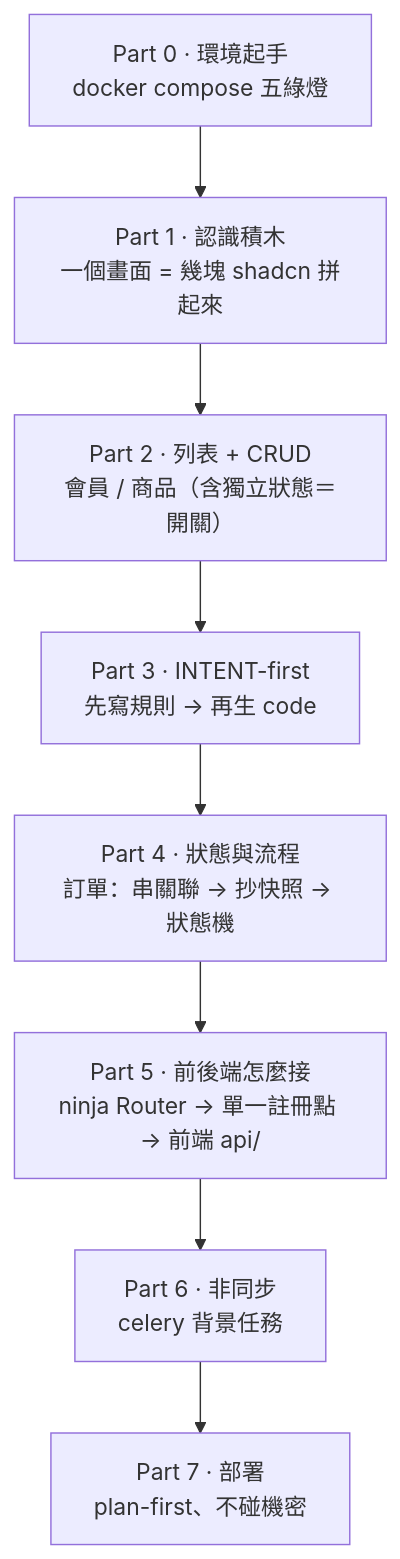
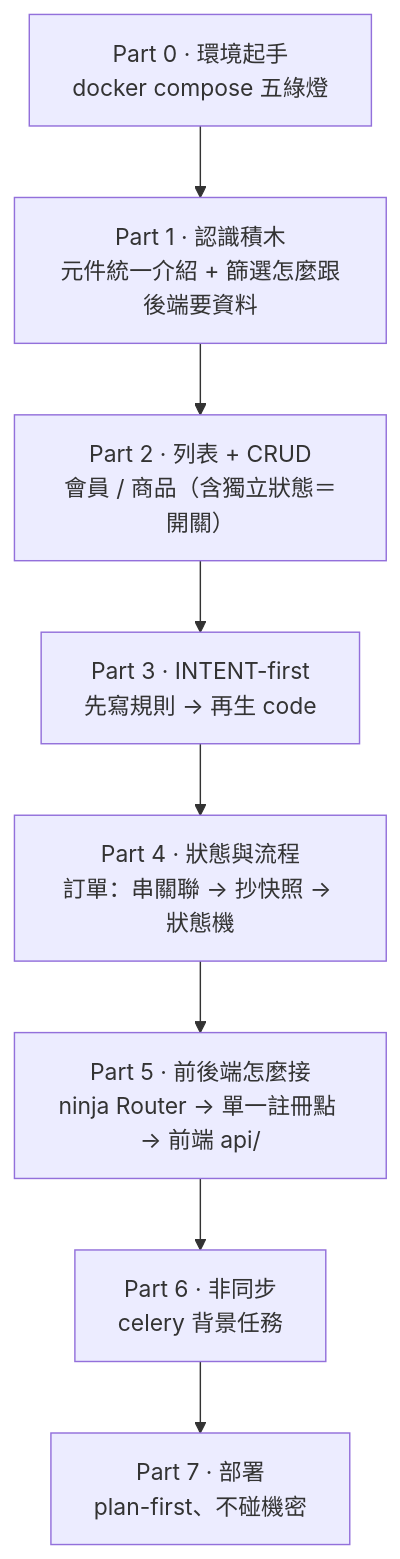
Before and after one commit to AI-Yorozuya/lean-stack: the diagram in teaching/README.md, drawn with Mermaid. The commit also changed 1 other file, not shown here.

Commit message:
docs(teaching): Part 1 重整為「元件統一介紹」+「篩選構成與後端溝通原理」
- S03 元件統一介紹：所有積木收在一頁（含元件總表 + 框起來 wireframe）
- S04 構成與後端溝通：篩選怎麼組、怎麼跟後端要資料（含 sequenceDiagram）
- 收掉 Part 2 重複的「篩選」頁，整份重新連號 S00~S20

````diff
--- a/teaching/README.md
+++ b/teaching/README.md
@@ -33,11 +33,11 @@
 ```mermaid
 flowchart TD
     P0["Part 0 · 環境起手<br/>docker compose 五綠燈"] --> P1
-    P1["Part 1 · 認識積木<br/>一個畫面 = 幾塊 shadcn 拼起來"] --> P2
+    P1["Part 1 · 認識積木<br/>元件統一介紹 + 篩選怎麼跟後端要資料"] --> P2
     P2["Part 2 · 列表 + CRUD<br/>會員 / 商品（含獨立狀態＝開關）"] --> P3
     P3["Part 3 · INTENT-first<br/>先寫規則 → 再生 code"] --> P4
     P4["Part 4 · 狀態與流程<br/>訂單：串關聯 → 抄快照 → 狀態機"] --> P5
     P5["Part 5 · 前後端怎麼接<br/>ninja Router → 單一註冊點 → 前端 api/"] --> P6
     P6["Part 6 · 非同步<br/>celery 背景任務"] --> P7
     P7["Part 7 · 部署<br/>plan-first、不碰機密"]
 ```
````
